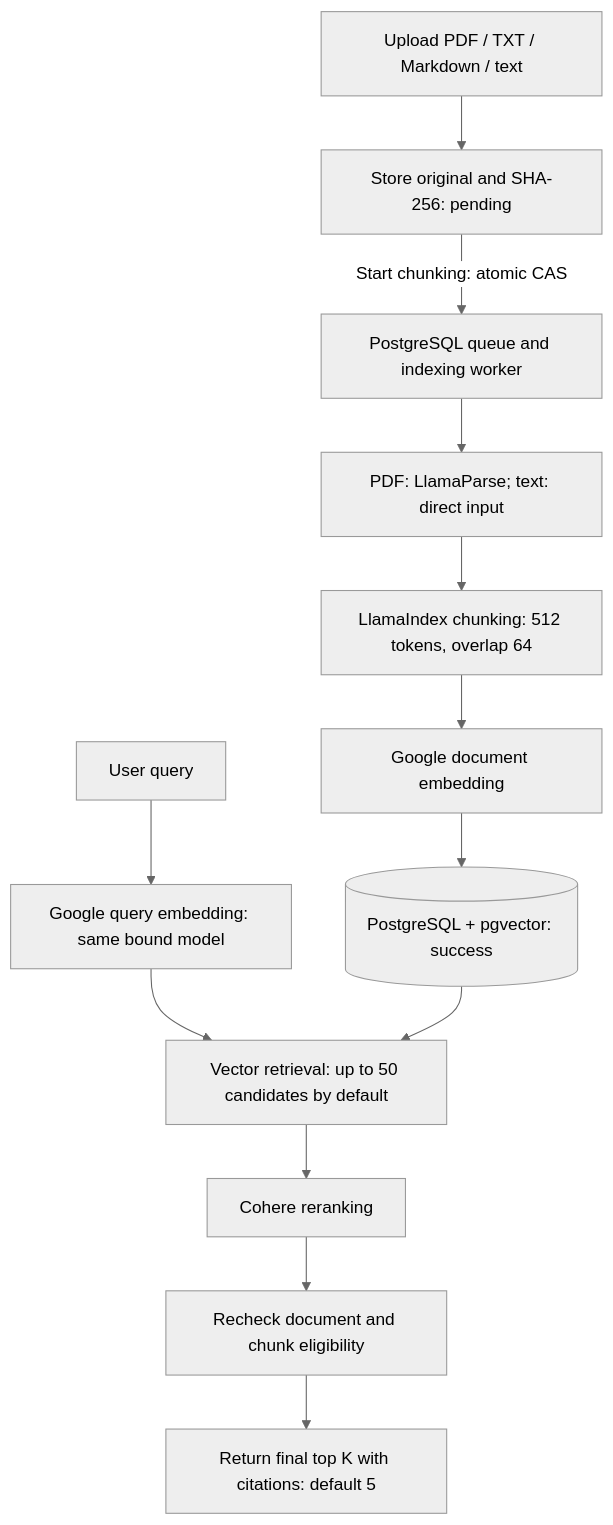
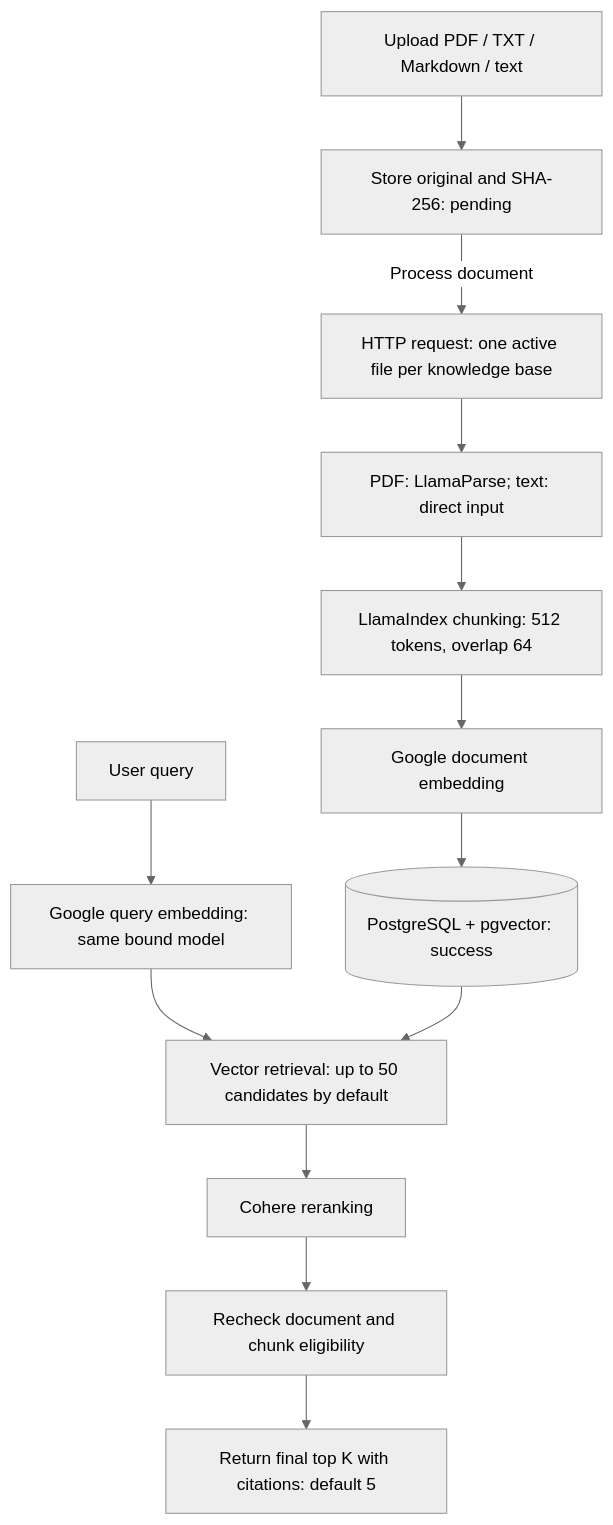
Before and after one commit to ethan-yi-dev/deflect-paypal: the second of 2 diagrams in README.md, drawn with Mermaid (neutral theme). The commit also changed other lines of this file and 26 other files, not shown here.

Commit message:
refactor: replace knowledge worker with single-file document processing

````diff
--- a/README.md
+++ b/README.md
@@ -302,15 +303,15 @@
 ```mermaid
 flowchart TD
     upload["Upload PDF / TXT / Markdown / text"] --> pending["Store original and SHA-256: pending"]
-    pending -->|"Start chunking: atomic CAS"| worker["PostgreSQL queue and indexing worker"]
-    worker --> parse["PDF: LlamaParse; text: direct input"]
+    pending -->|"Process document"| request["HTTP request: one active file per knowledge base"]
+    request --> parse["PDF: LlamaParse; text: direct input"]
     parse --> chunk["LlamaIndex chunking: 512 tokens, overlap 64"]
     chunk --> embed["Google document embedding"]
     embed --> store[("PostgreSQL + pgvector: success")]
     query["User query"] --> queryEmbed["Google query embedding: same bound model"]
     queryEmbed --> candidates["Vector retrieval: up to 50 candidates by default"]
     store --> candidates
     candidates --> rerank["Cohere reranking"]
     rerank --> eligible["Recheck document and chunk eligibility"]
     eligible --> results["Return final top K with citations: default 5"]
 ```
````
